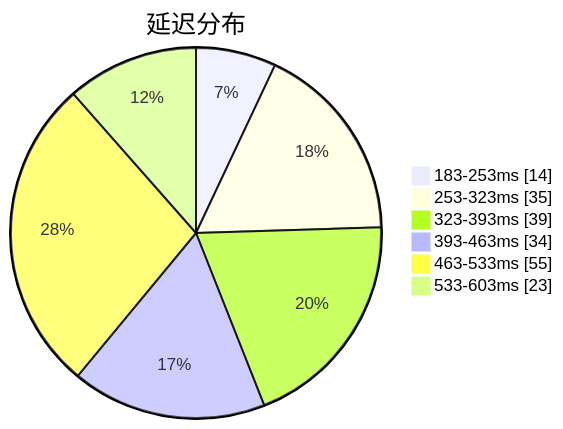
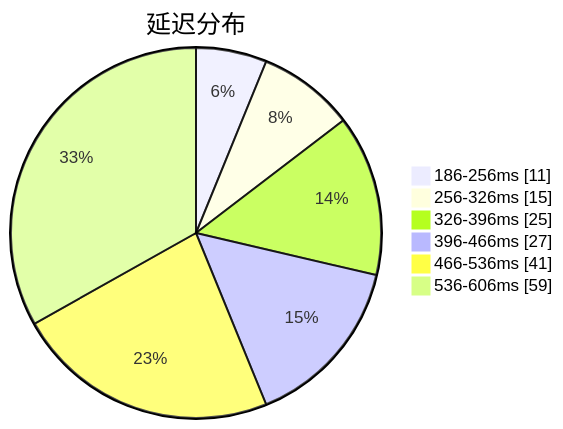
Before and after one commit to qjlxg/airport: the first of 3 diagrams in subs/statistics/tested_within.md, drawn with Mermaid. The commit also changed other lines of this file and 2 other files, not shown here.

````diff
--- a/subs/statistics/tested_within.md
+++ b/subs/statistics/tested_within.md
@@ -2,10 +2,10 @@
 ```mermaid
 pie showData
 title 延迟分布
-"183-253ms" : 14
-"253-323ms" : 35
-"323-393ms" : 39
-"393-463ms" : 34
-"463-533ms" : 55
-"533-603ms" : 23
+"186-256ms" : 11
+"256-326ms" : 15
+"326-396ms" : 25
+"396-466ms" : 27
+"466-536ms" : 41
+"536-606ms" : 59
 ```
````
